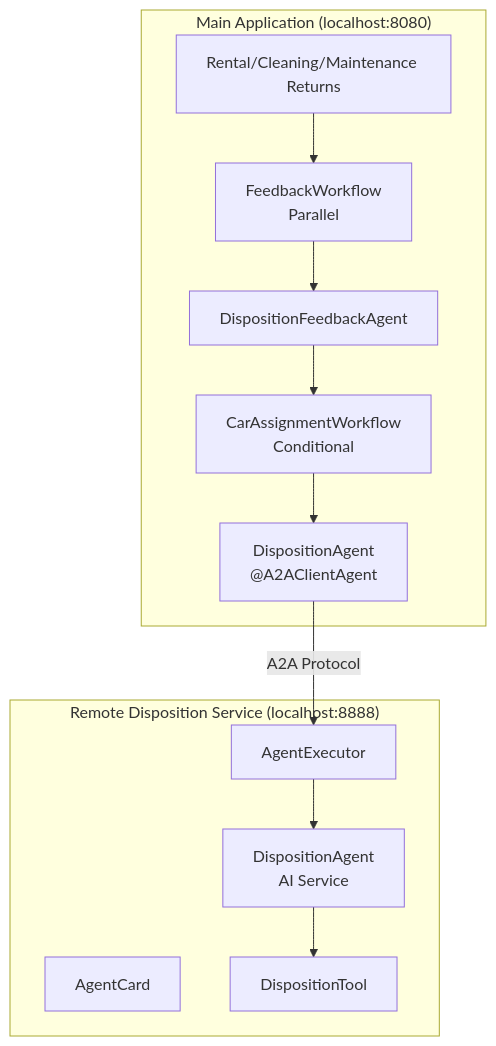
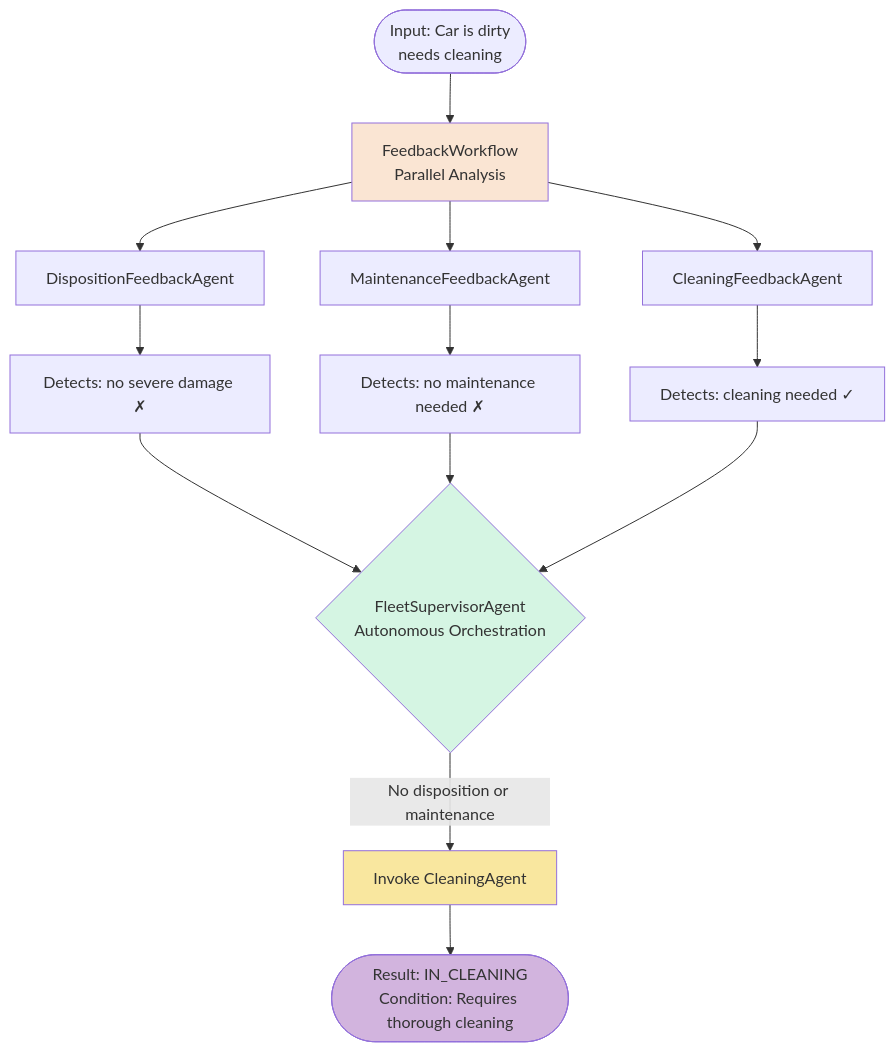
Before and after one commit to quarkusio/quarkus-workshop-langchain4j: the fifth of 6 diagrams in docs/docs/section-2/step-04.md, drawn with Mermaid. The commit also changed other lines of this file and 66 other files, not shown here.

````diff
--- a/docs/docs/section-2/step-04.md
+++ b/docs/docs/section-2/step-04.md
@@ -137,28 +384,26 @@
 ```mermaid
-graph TD
-    subgraph "Main Application (localhost:8080)"
-        R[Rental/Cleaning/Maintenance Returns]
-        FW[FeedbackWorkflow<br/>Parallel]
-        DFA[DispositionFeedbackAgent]
-        AW[CarAssignmentWorkflow<br/>Conditional]
-        DAC["DispositionAgent<br/>@A2AClientAgent"]
-
-        R --> FW
-        FW --> DFA
-        DFA --> AW
-        AW --> DAC
-    end
-
-    subgraph "Remote Disposition Service (localhost:8888)"
-        AC[AgentCard]
-        AE[AgentExecutor]
-        DAI[DispositionAgent<br/>AI Service]
-        DT[DispositionTool]
-
-        AE --> DAI
-        DAI --> DT
-    end
-
-    DAC -->|A2A Protocol| AE
-
+flowchart TD
+    Start([Input: Car is dirty<br/>needs cleaning])
+    
+    Start --> FW[FeedbackWorkflow<br/>Parallel Analysis]
+    
+    FW --> DFA[DispositionFeedbackAgent]
+    FW --> MFA[MaintenanceFeedbackAgent]
+    FW --> CFA[CleaningFeedbackAgent]
+    
+    DFA --> DR[Detects: no severe damage ✗]
+    MFA --> MR[Detects: no maintenance needed ✗]
+    CFA --> CR[Detects: cleaning needed ✓]
+    
+    DR --> FSA{FleetSupervisorAgent<br/>Autonomous Orchestration}
+    MR --> FSA
+    CR --> FSA
+    
+    FSA -->|No disposition or maintenance| CA[Invoke CleaningAgent]
+    CA --> Result([Result: IN_CLEANING<br/>Condition: Requires thorough cleaning])
+    
+    style FW fill:#FAE5D3
+    style FSA fill:#D5F5E3
+    style CA fill:#F9E79F
+    style Result fill:#D2B4DE
 ```
````
